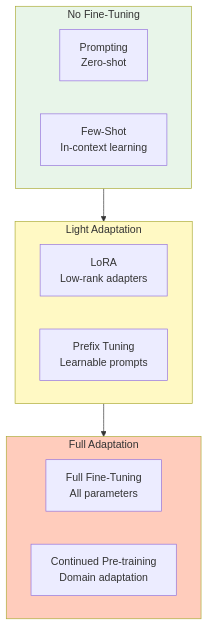
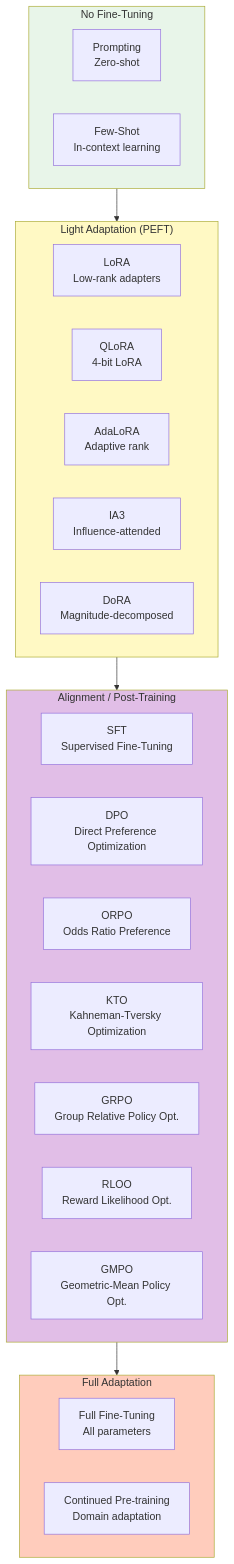
Before and after one commit to Parv17k/llm-fine-tuning-guide: the second of 4 diagrams in docs/content/02-introduction/02-what-is-fine-tuning.md, drawn with Mermaid. The commit also changed other lines of this file and 11 other files, not shown here.

Commit message:
Update LLM architecture and fine-tuning documentation - enhance model examples, clarify workflows, and refine parameter details

````diff
--- a/docs/content/02-introduction/02-what-is-fine-tuning.md
+++ b/docs/content/02-introduction/02-what-is-fine-tuning.md
@@ -97,24 +97,39 @@
 ```mermaid
 flowchart TB
     subgraph NoFT["No Fine-Tuning"]
         A1[Prompting<br/>Zero-shot]
         A2[Few-Shot<br/>In-context learning]
     end
     
-    subgraph Light["Light Adaptation"]
+    subgraph Light["Light Adaptation (PEFT)"]
         B1[LoRA<br/>Low-rank adapters]
-        B2[Prefix Tuning<br/>Learnable prompts]
+        B2[QLoRA<br/>4-bit LoRA]
+        B3[AdaLoRA<br/>Adaptive rank]
+        B4[IA3<br/>Influence-attended]
+        B5[DoRA<br/>Magnitude-decomposed]
+    end
+    
+    subgraph Alignment["Alignment / Post-Training"]
+        D1[SFT<br/>Supervised Fine-Tuning]
+        D2[DPO<br/>Direct Preference Optimization]
+        D3[ORPO<br/>Odds Ratio Preference]
+        D4[KTO<br/>Kahneman-Tversky Optimization]
+        D5[GRPO<br/>Group Relative Policy Opt.]
+        D6[RLOO<br/>Reward Likelihood Opt.]
+        D7[GMPO<br/>Geometric-Mean Policy Opt.]
     end
     
     subgraph Full["Full Adaptation"]
         C1[Full Fine-Tuning<br/>All parameters]
         C2[Continued Pre-training<br/>Domain adaptation]
     end
     
     NoFT --> Light
-    Light --> Full
+    Light --> Alignment
+    Alignment --> Full
     
     style NoFT fill:#e8f5e9
     style Light fill:#fff9c4
+    style Alignment fill:#e1bee7
     style Full fill:#ffccbc
 ```
````
